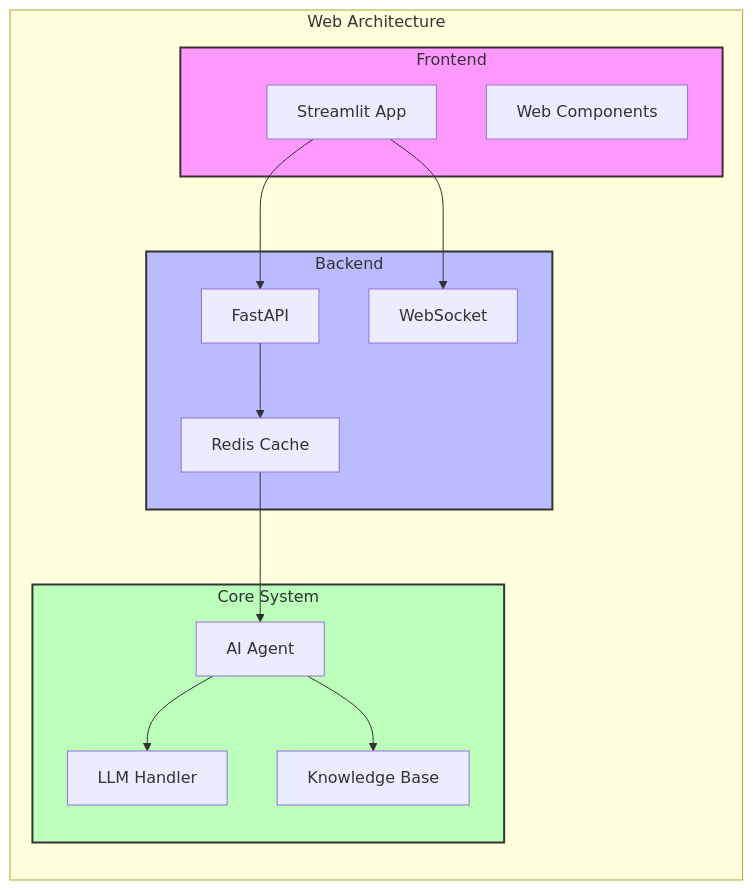
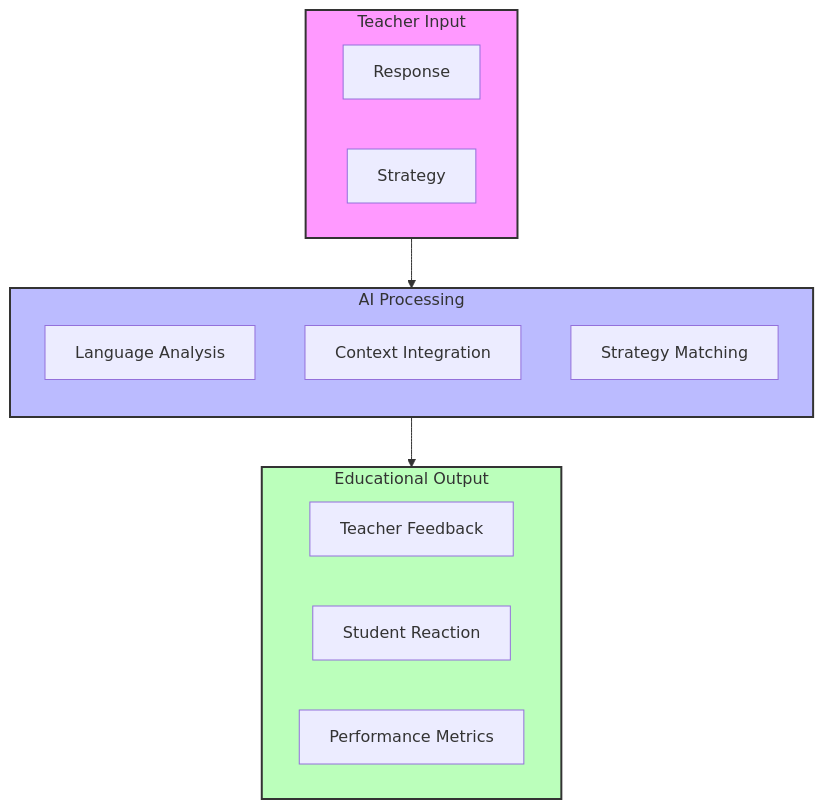
Before and after one commit to UVU-AI-Innovate/teacher-training-chatbot: the fourth of 5 diagrams in README.md, drawn with Mermaid. The commit also changed other lines of this file, not shown here.

First line of the commit message:
Refactor README with comprehensive educational AI simulation framework

````diff
--- a/README.md
+++ b/README.md
@@ -919,33 +115,27 @@
 ```mermaid
 graph TB
-    subgraph WebArch["Web Architecture"]
-        direction TB
-        subgraph FE["Frontend"]
-            ST[Streamlit App]
-            WC[Web Components]
-        end
-        
-        subgraph BE["Backend"]
-            API[FastAPI]
-            WS[WebSocket]
-            Cache[Redis Cache]
-        end
-        
-        subgraph Core["Core System"]
-            CE[AI Agent]
-            LLM[LLM Handler]
-            KB[Knowledge Base]
-        end
-        
-        ST --> API
-        ST --> WS
-        API --> Cache
-        Cache --> CE
-        CE --> LLM
-        CE --> KB
+    subgraph Input["Teacher Input"]
+        TR[Response]
+        ST[Strategy]
     end
 
-    style FE fill:#f9f,stroke:#333,stroke-width:2px
-    style BE fill:#bbf,stroke:#333,stroke-width:2px
-    style Core fill:#bfb,stroke:#333,stroke-width:2px
+    subgraph Processing["AI Processing"]
+        direction TB
+        NLP[Language Analysis]
+        Context[Context Integration]
+        Strategy[Strategy Matching]
+    end
+
+    subgraph Output["Educational Output"]
+        Feedback[Teacher Feedback]
+        Reaction[Student Reaction]
+        Metrics[Performance Metrics]
+    end
+
+    Input --> Processing
+    Processing --> Output
+
+    style Input fill:#f9f,stroke:#333,stroke-width:2px
+    style Processing fill:#bbf,stroke:#333,stroke-width:2px
+    style Output fill:#bfb,stroke:#333,stroke-width:2px
 ```
````
